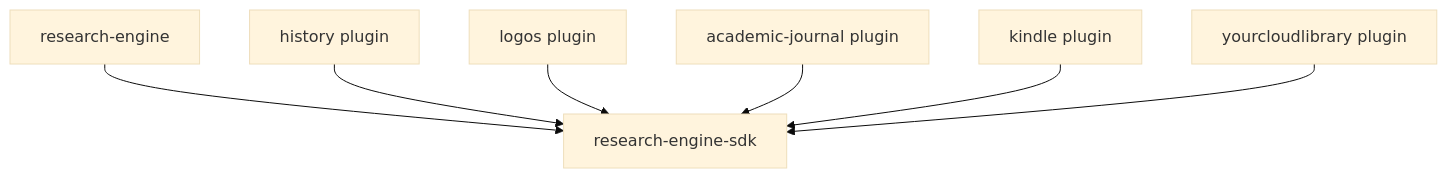
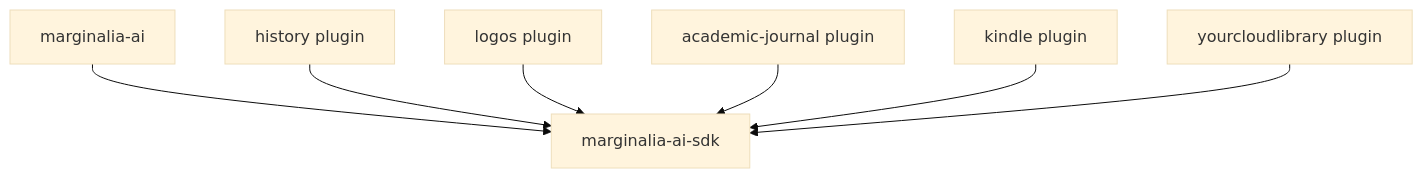
The first of 2 diagrams in docs/design/pypi-plugin-distribution-architecture.md (John-Cusack/MarginaliaAI), drawn with Mermaid (base theme) before and after one commit. The commit also changed other lines of this file and 37 other files, not shown here.

````diff
--- a/docs/design/pypi-plugin-distribution-architecture.md
+++ b/docs/design/pypi-plugin-distribution-architecture.md
@@ -209,9 +209,9 @@
 ```mermaid
 graph TD
-    Core[research-engine] --> SDK[research-engine-sdk]
+    Core[marginalia-ai] --> SDK[marginalia-ai-sdk]
     History[history plugin] --> SDK
     Logos[logos plugin] --> SDK
     Academic[academic-journal plugin] --> SDK
     Kindle[kindle plugin] --> SDK
     YCL[yourcloudlibrary plugin] --> SDK
 ```
````
